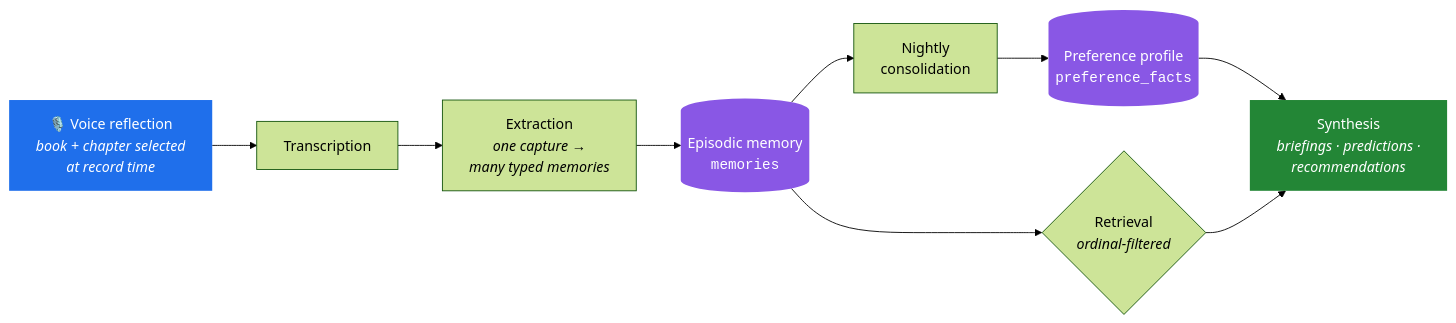
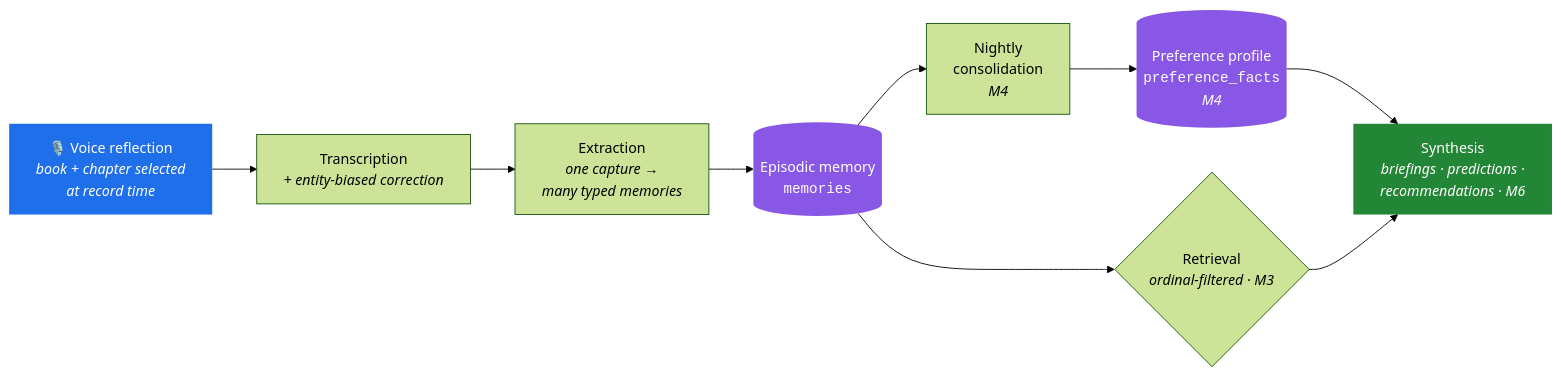
One commit to aabu4537/ALAM changed the first of 3 diagrams in README.md. Above: the diagram before and after it, drawn with Mermaid (forest theme). The commit also changed other lines of this file and 40 other files, not shown here.

````diff
--- a/README.md
+++ b/README.md
@@ -33,16 +34,16 @@
 ```mermaid
 flowchart LR
-    A["🎙️ Voice reflection<br/><i>book + chapter selected<br/>at record time</i>"] --> B[Transcription]
+    A["🎙️ Voice reflection<br/><i>book + chapter selected<br/>at record time</i>"] --> B["Transcription<br/><i>+ entity-biased correction</i>"]
     B --> C["Extraction<br/><i>one capture →<br/>many typed memories</i>"]
     C --> D[("Episodic memory<br/><code>memories</code>")]
-    D --> E["Nightly<br/>consolidation"]
-    E --> F[("Preference profile<br/><code>preference_facts</code>")]
-    D --> G{"Retrieval<br/><i>ordinal-filtered</i>"}
-    F --> H["Synthesis<br/><i>briefings · predictions ·<br/>recommendations</i>"]
+    D --> E["Nightly<br/>consolidation<br/><i>M4</i>"]
+    E --> F[("Preference profile<br/><code>preference_facts</code><br/><i>M4</i>")]
+    D --> G{"Retrieval<br/><i>ordinal-filtered · M3</i>"}
+    F --> H["Synthesis<br/><i>briefings · predictions ·<br/>recommendations · M6</i>"]
     G --> H
 
     style A fill:#1f6feb,color:#fff,stroke:none
     style H fill:#238636,color:#fff,stroke:none
     style D fill:#8957e5,color:#fff,stroke:none
     style F fill:#8957e5,color:#fff,stroke:none
 ```
````
